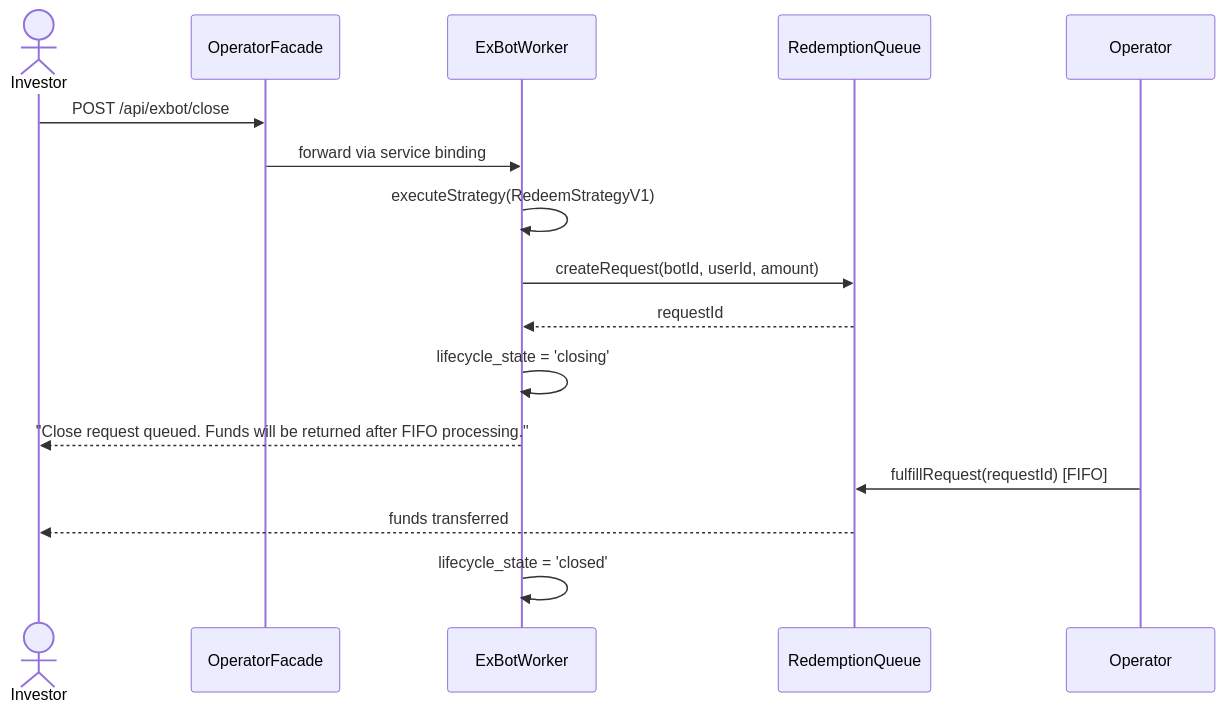
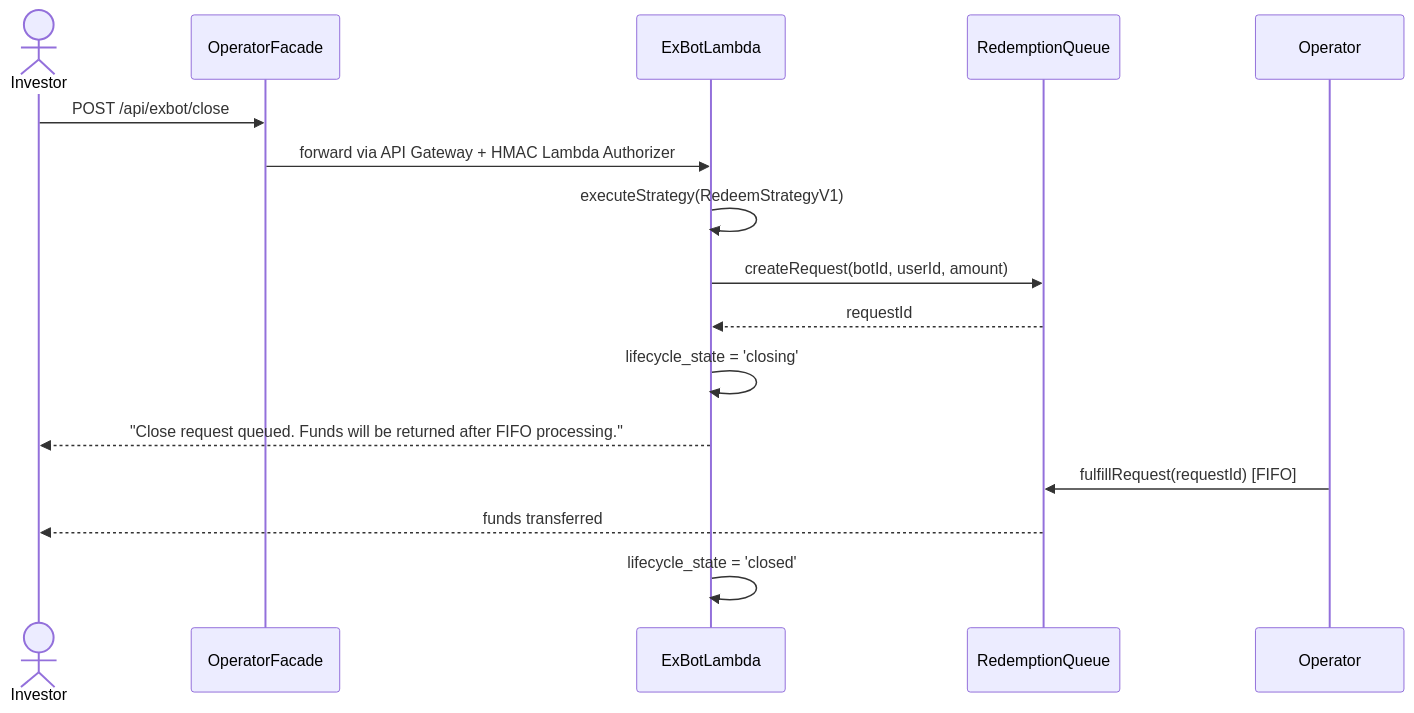
One commit to TrinhBuiSotatek/Bonanzapool changed the fifth of 5 diagrams in docs/BA/plans/bnza-sotatek-260519-0000/03_modules/exbot/srs/flows.md. Above: the diagram before and after it, drawn with Mermaid. The commit also changed other lines of this file and 21 other files, not shown here.

Commit message:
Update docs + uc user-redeem

````diff
--- a/docs/BA/plans/bnza-sotatek-260519-0000/03_modules/exbot/srs/flows.md
+++ b/docs/BA/plans/bnza-sotatek-260519-0000/03_modules/exbot/srs/flows.md
@@ -179,19 +180,19 @@
 ```mermaid
 sequenceDiagram
     actor Investor
     participant OperatorFacade
-    participant ExBotWorker
+    participant ExBotLambda
     participant RedemptionQueue
     participant Operator
 
     Investor->>OperatorFacade: POST /api/exbot/close
-    OperatorFacade->>ExBotWorker: forward via service binding
-    ExBotWorker->>ExBotWorker: executeStrategy(RedeemStrategyV1)
-    ExBotWorker->>RedemptionQueue: createRequest(botId, userId, amount)
-    RedemptionQueue-->>ExBotWorker: requestId
-    ExBotWorker->>ExBotWorker: lifecycle_state = 'closing'
-    ExBotWorker-->>Investor: "Close request queued. Funds will be returned after FIFO processing."
+    OperatorFacade->>ExBotLambda: forward via API Gateway + HMAC Lambda Authorizer
+    ExBotLambda->>ExBotLambda: executeStrategy(RedeemStrategyV1)
+    ExBotLambda->>RedemptionQueue: createRequest(botId, userId, amount)
+    RedemptionQueue-->>ExBotLambda: requestId
+    ExBotLambda->>ExBotLambda: lifecycle_state = 'closing'
+    ExBotLambda-->>Investor: "Close request queued. Funds will be returned after FIFO processing."
     Operator->>RedemptionQueue: fulfillRequest(requestId) [FIFO]
     RedemptionQueue-->>Investor: funds transferred
-    ExBotWorker->>ExBotWorker: lifecycle_state = 'closed'
+    ExBotLambda->>ExBotLambda: lifecycle_state = 'closed'
 ```
````
